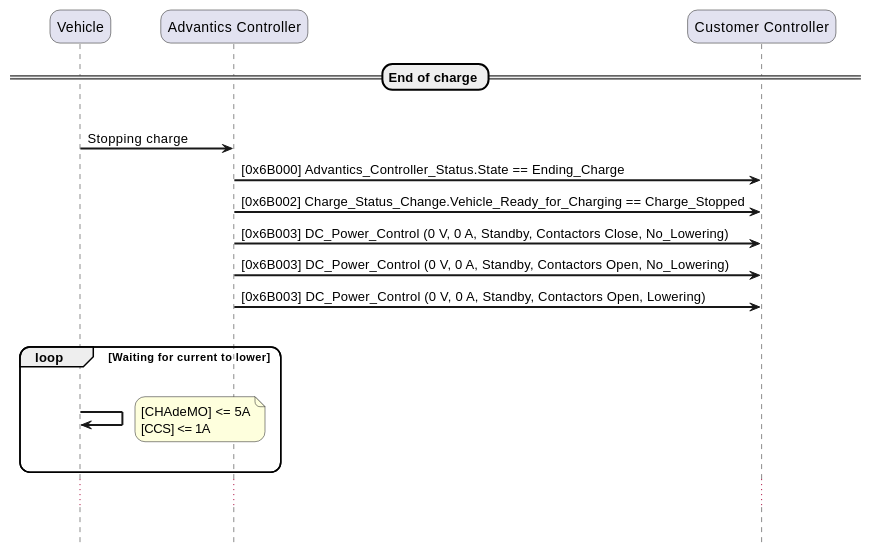
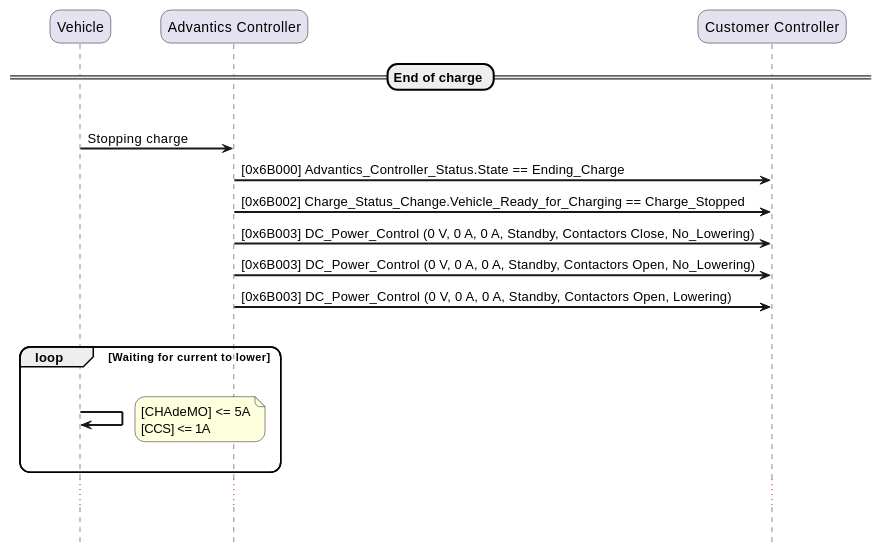
One commit to ADVANTICS/documentation changed the eighth of 10 diagrams in charge-controllers/secc_generic/sequences_v3.md. Above: the diagram before and after it, drawn with PlantUML. The commit also changed other lines of this file, not shown here.

Commit message:
update sequences and text for generic v3

````diff
--- a/charge-controllers/secc_generic/sequences_v3.md
+++ b/charge-controllers/secc_generic/sequences_v3.md
@@ -602,32 +605,32 @@
 ```plantuml
 hide footbox
 skinparam ParticipantPadding 20
 skinparam sequenceArrowThickness 2
 skinparam roundcorner 20
 
 participant "Vehicle" as PEV
 participant "Advantics Controller" as EVSE
 participant "Customer Controller" as Charger
 
 == End of charge ==
 |||
 
 PEV -> EVSE: Stopping charge
 deactivate PEV
 EVSE -> Charger: [0x6B000] Advantics_Controller_Status.State == Ending_Charge
 EVSE -> Charger: [0x6B002] Charge_Status_Change.Vehicle_Ready_for_Charging == Charge_Stopped
-EVSE -> Charger: [0x6B003] DC_Power_Control (0 V, 0 A, Standby, Contactors Close, No_Lowering)
-EVSE -> Charger: [0x6B003] DC_Power_Control (0 V, 0 A, Standby, Contactors Open, No_Lowering)
-EVSE -> Charger: [0x6B003] DC_Power_Control (0 V, 0 A, Standby, Contactors Open, Lowering)
+EVSE -> Charger: [0x6B003] DC_Power_Control (0 V, 0 A, 0 A, Standby, Contactors Close, No_Lowering)
+EVSE -> Charger: [0x6B003] DC_Power_Control (0 V, 0 A, 0 A, Standby, Contactors Open, No_Lowering)
+EVSE -> Charger: [0x6B003] DC_Power_Control (0 V, 0 A, 0 A, Standby, Contactors Open, Lowering)
 deactivate EVSE
 deactivate Charger
 |||
 loop Waiting for current to lower
   |||
   PEV -> PEV
   note right: [CHAdeMO] <= 5A\n[CCS] <= 1A
   |||
 end loop
 ...
 |||
 ```
````
